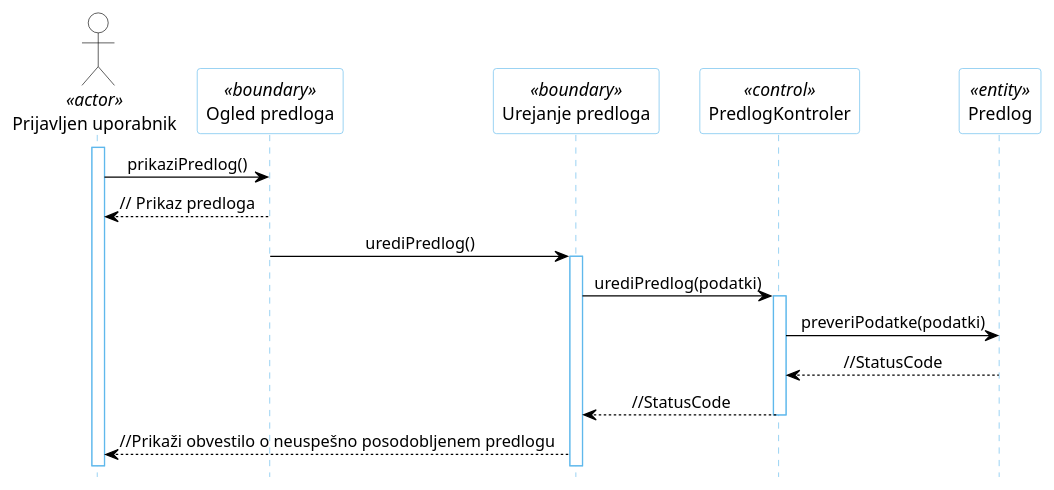
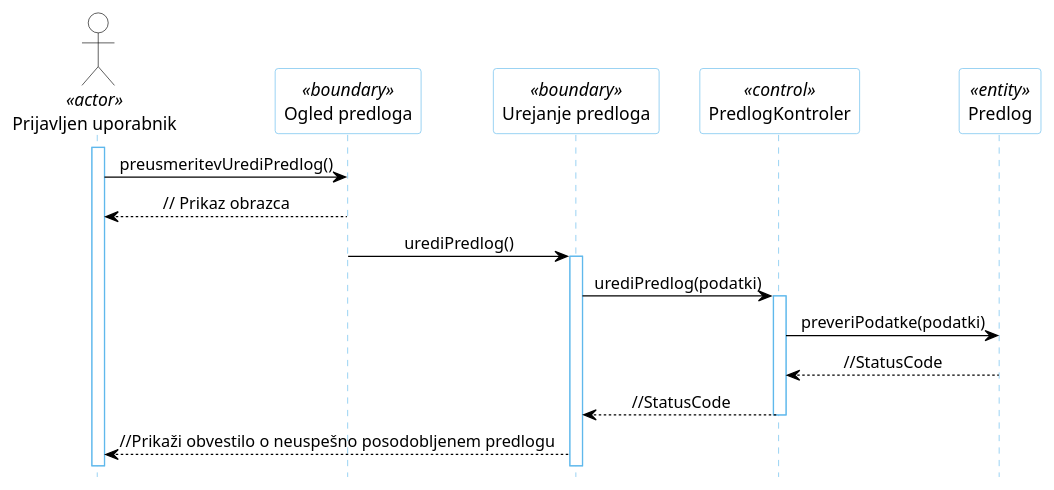
The diagram in docs/gradivo/plantuml/DZ/13b.puml (kupinah/test-tpo), drawn with PlantUML before and after one commit. The commit also changed 21 other files, not shown here.

```diff
--- a/docs/gradivo/plantuml/DZ/13b.puml
+++ b/docs/gradivo/plantuml/DZ/13b.puml
@@ -1,32 +1,32 @@
 @startuml
 hide footbox
 
 skinparam backgroundcolor transparent
 skinparam defaultTextAlignment center
 skinparam actorBorderColor black
 skinparam actorBackgroundColor white
 skinparam arrowColor black  
 skinparam sequenceLifeLineBorderColor #5FB8EC
 skinparam sequenceParticipantBorderColor #5FB8EC
 skinparam sequenceParticipantBackgroundColor white
 
 actor "Prijavljen uporabnik" as U1 <<actor>>
 
 participant "Ogled predloga" as R6 <<boundary>>
 participant "Urejanje predloga" as R5 <<boundary>>
 participant "PredlogKontroler" as R2 <<control>>
 participant "Predlog" as R4 <<entity>>
 
 activate U1
-U1 -> R6: prikaziPredlog()
-R6 --> U1: // Prikaz predloga
+U1 -> R6: preusmeritevUrediPredlog()
+R6 --> U1: // Prikaz obrazca
 R6 -> R5: urediPredlog()
 activate R5
 R5 -> R2: urediPredlog(podatki)
 activate R2
 R2 -> R4: preveriPodatke(podatki)
 R4 --> R2: //StatusCode
 R2 --> R5: //StatusCode
 deactivate R2
 R5 --> U1: //Prikaži obvestilo o neuspešno posodobljenem predlogu
 @enduml
```
